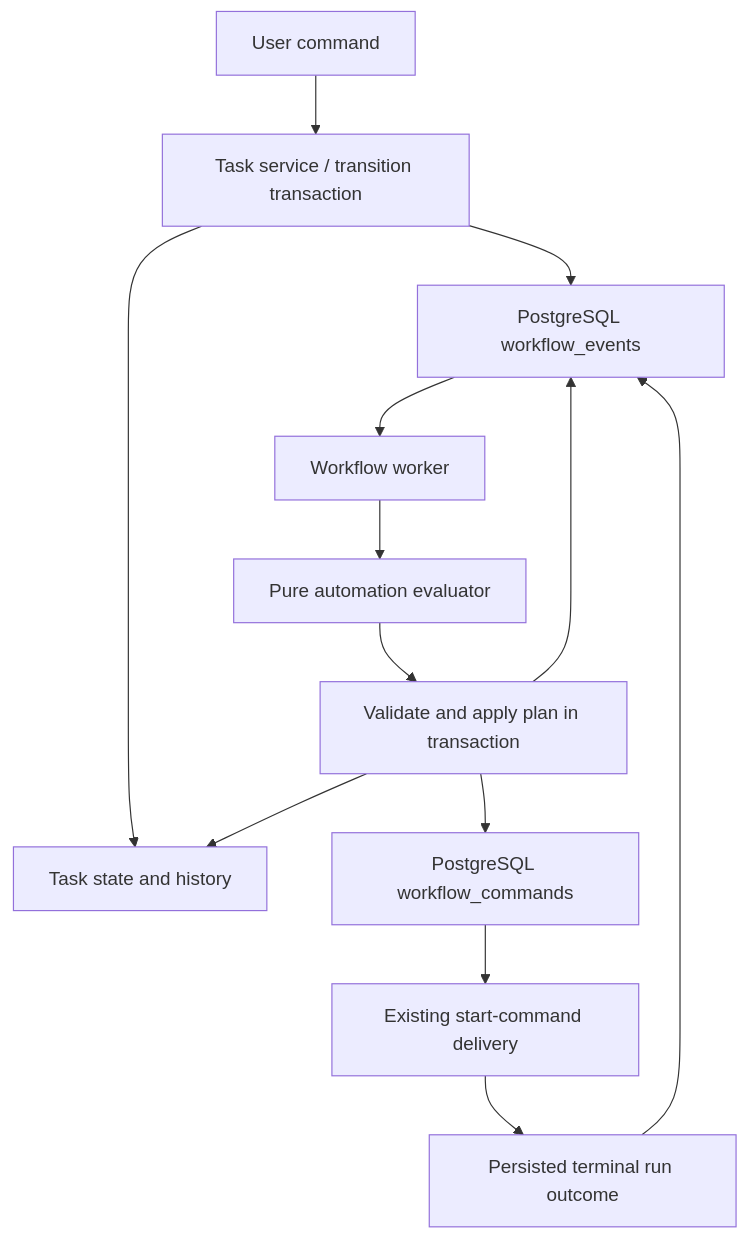
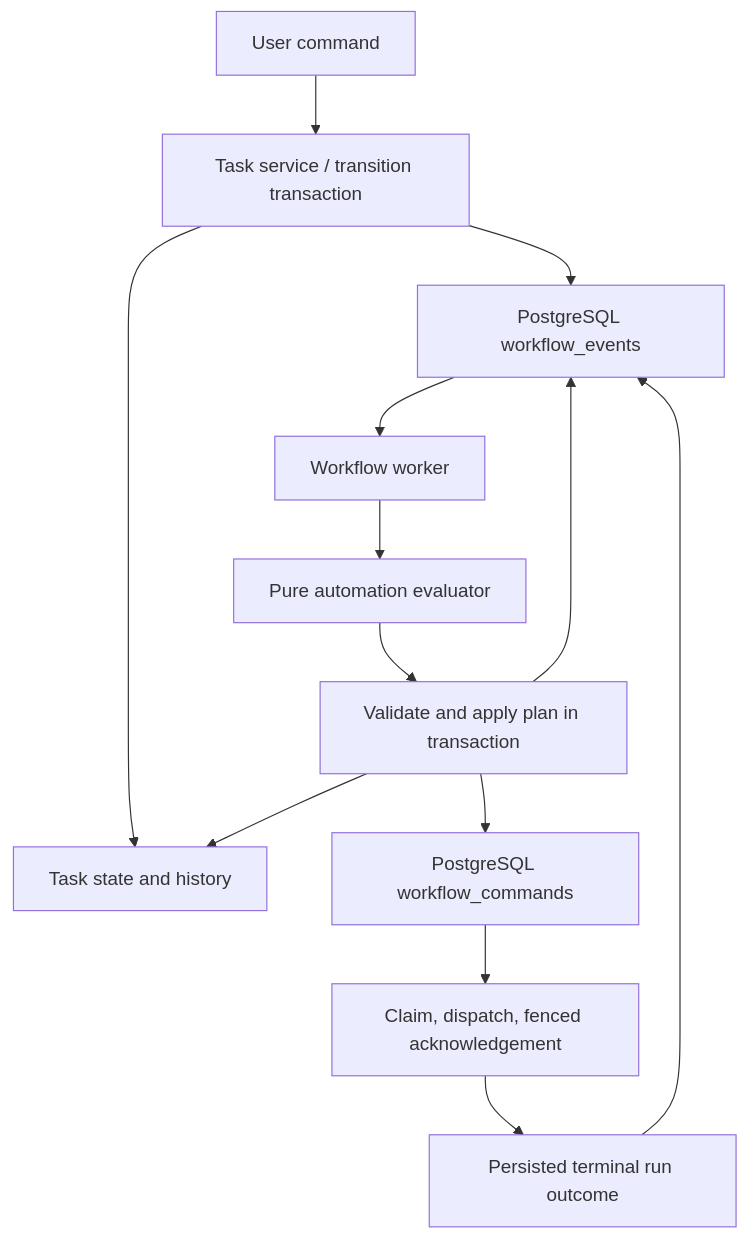
The diagram in docs/development/workflows.md (josemiguelmelo/orkest), drawn with Mermaid before and after one commit. The commit also changed other lines of this file and 605 other files, not shown here.

Commit message:
refactor(go): reorganize application architecture (#70)

````diff
--- a/docs/development/workflows.md
+++ b/docs/development/workflows.md
@@ -7,15 +7,15 @@
 ```mermaid
 flowchart TD
     User[User command] --> Tasks[Task service / transition transaction]
     Tasks --> State[Task state and history]
     Tasks --> Events[PostgreSQL workflow_events]
     Runtime[Persisted terminal run outcome] --> Events
     Events --> Worker[Workflow worker]
     Worker --> Evaluate[Pure automation evaluator]
     Evaluate --> Apply[Validate and apply plan in transaction]
     Apply --> State
     Apply --> Events
     Apply --> Commands[PostgreSQL workflow_commands]
-    Commands --> Delivery[Existing start-command delivery]
+    Commands --> Delivery[Claim, dispatch, fenced acknowledgement]
     Delivery --> Runtime
 ```
````
